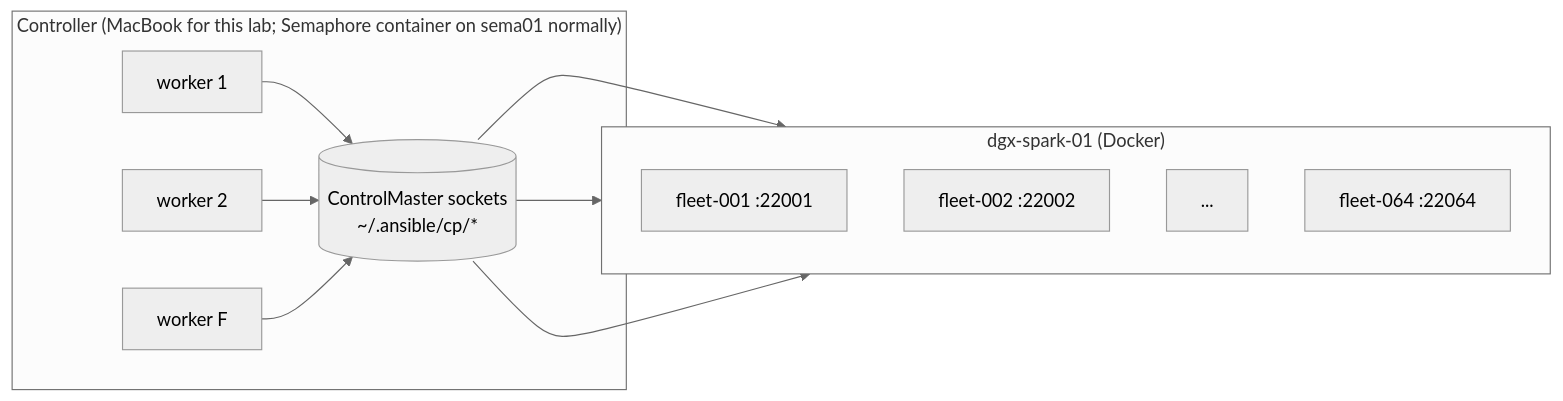
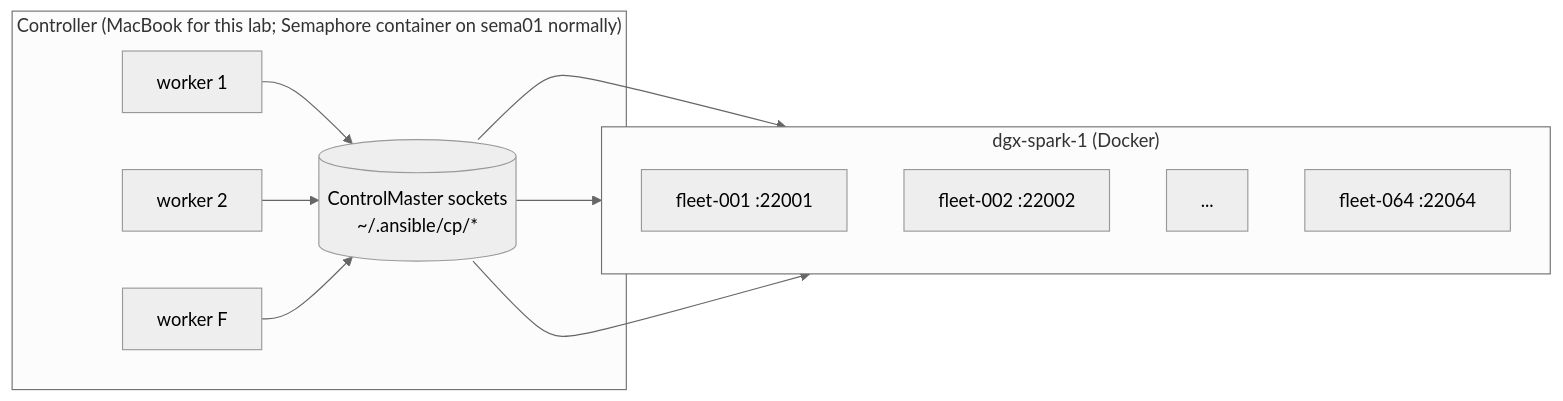
Before and after one commit to cloudone365/technical-depth: the diagram in 01 Ansible/02-high-concurrency-tuning-mitogen-and-ssh-mux.md, drawn with Mermaid (neutral theme). The commit also changed other lines of this file and 91 other files, not shown here.

First line of the commit message:
Rename the Spark hosts to dgx-spark-1 / dgx-spark-2

````diff
--- a/01 Ansible/02-high-concurrency-tuning-mitogen-and-ssh-mux.md
+++ b/01 Ansible/02-high-concurrency-tuning-mitogen-and-ssh-mux.md
@@ -36,14 +36,14 @@
 ```mermaid
 flowchart LR
   subgraph CN["Controller (MacBook for this lab; Semaphore container on sema01 normally)"]
     W1[worker 1] & W2[worker 2] & Wn[worker F]
     CM[(ControlMaster sockets<br/>~/.ansible/cp/*)]
   end
-  subgraph Spark["dgx-spark-01 (Docker)"]
+  subgraph Spark["dgx-spark-1 (Docker)"]
     direction TB
     N1[fleet-001 :22001] & N2[fleet-002 :22002] & N3[... ] & N64[fleet-064 :22064]
   end
   W1 --> CM --> N1
   W2 --> CM --> N2
   Wn --> CM --> N64
 ```
````
